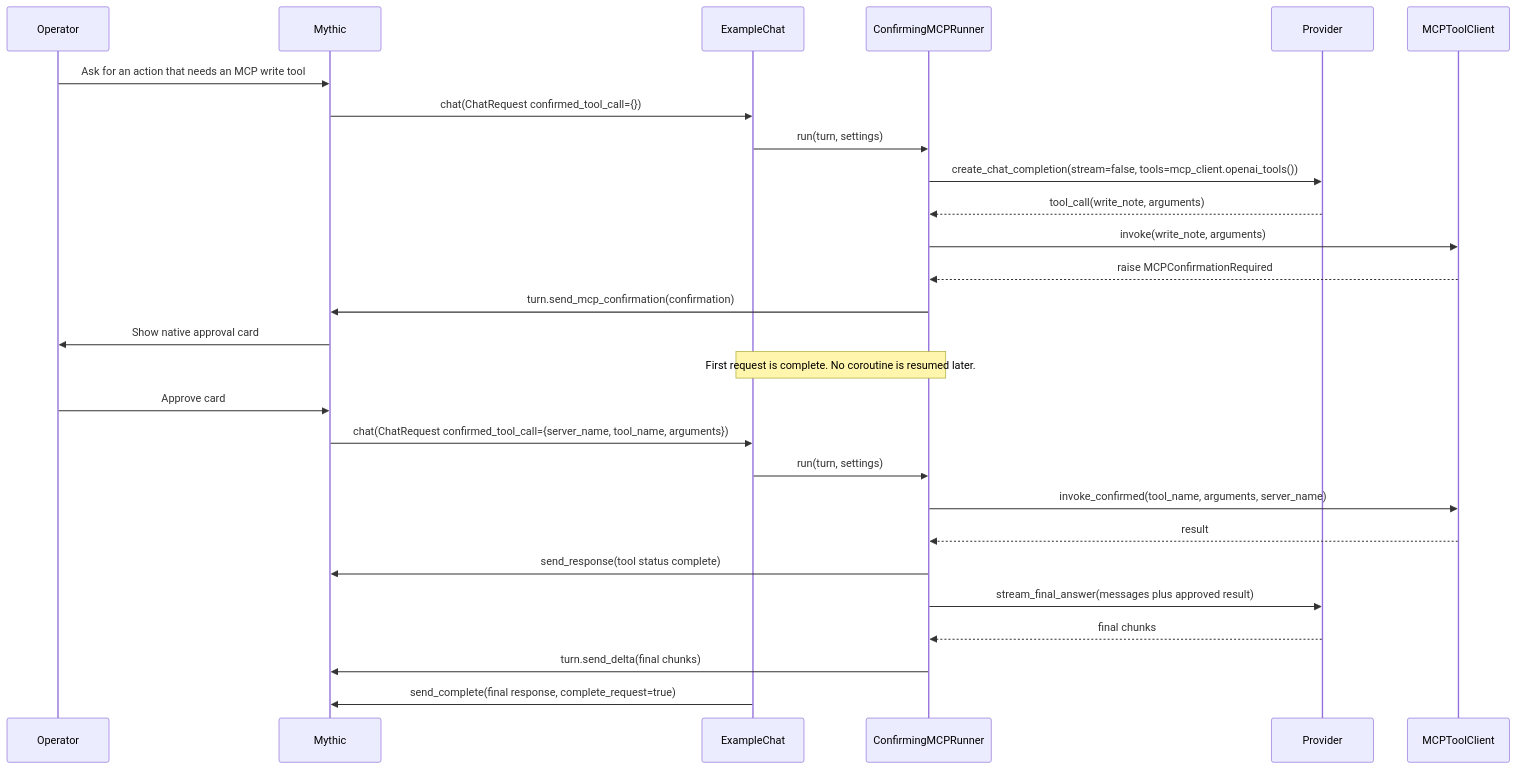
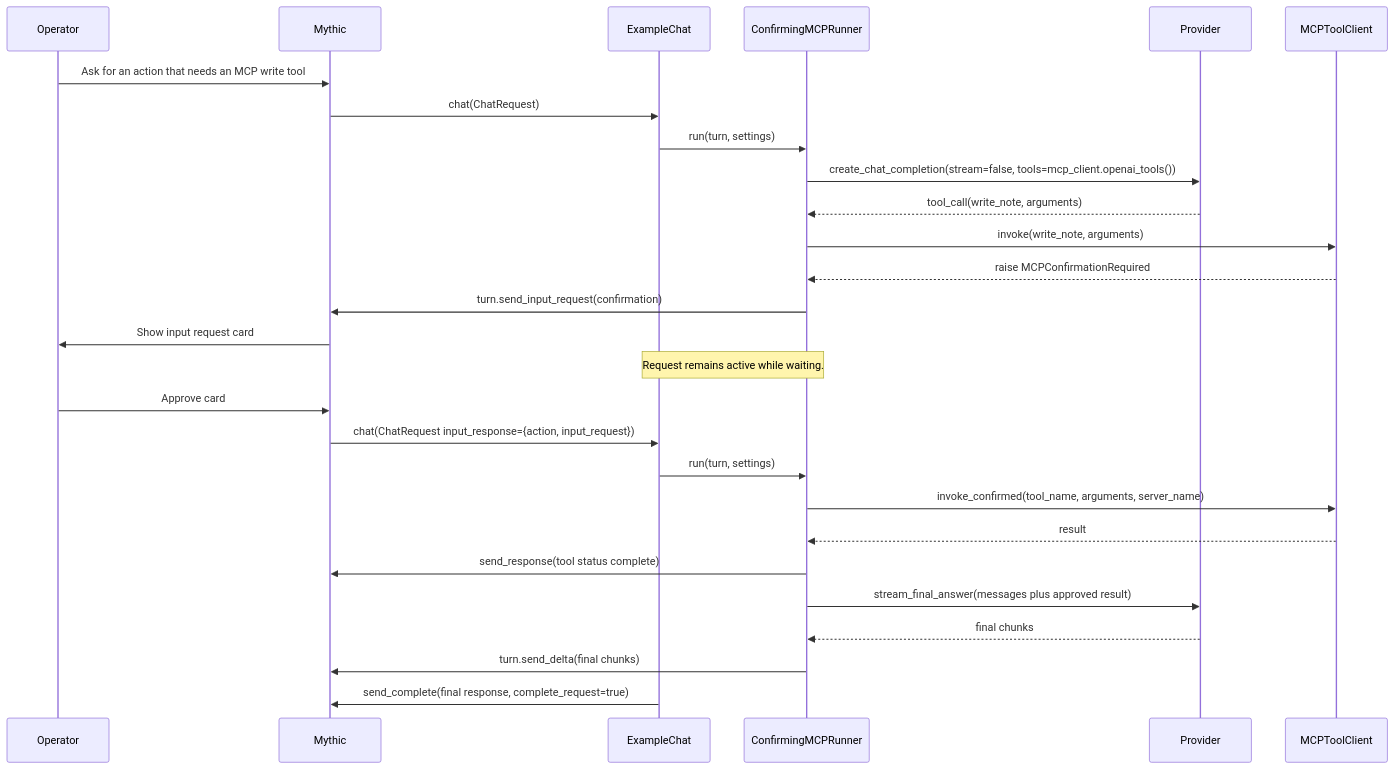
One commit to MythicMeta/MythicContainerPyPi changed the fourth of 4 diagrams in CHAT_CONATINERS_DEVELOPER.MD. Above: the diagram before and after it, drawn with Mermaid. The commit also changed other lines of this file and 5 other files, not shown here.

Commit message:
updating mcp tool request to generic input request

````diff
--- a/CHAT_CONATINERS_DEVELOPER.MD
+++ b/CHAT_CONATINERS_DEVELOPER.MD
@@ -723,30 +736,30 @@
 ```mermaid
 sequenceDiagram
     participant Operator
     participant Mythic
     participant Chat as ExampleChat
     participant Runner as ConfirmingMCPRunner
     participant Provider
     participant MCP as MCPToolClient
 
     Operator->>Mythic: Ask for an action that needs an MCP write tool
-    Mythic->>Chat: chat(ChatRequest confirmed_tool_call={})
+    Mythic->>Chat: chat(ChatRequest)
     Chat->>Runner: run(turn, settings)
     Runner->>Provider: create_chat_completion(stream=false, tools=mcp_client.openai_tools())
     Provider-->>Runner: tool_call(write_note, arguments)
     Runner->>MCP: invoke(write_note, arguments)
     MCP-->>Runner: raise MCPConfirmationRequired
-    Runner->>Mythic: turn.send_mcp_confirmation(confirmation)
-    Mythic->>Operator: Show native approval card
-    Note over Chat,Runner: First request is complete. No coroutine is resumed later.
+    Runner->>Mythic: turn.send_input_request(confirmation)
+    Mythic->>Operator: Show input request card
+    Note over Chat,Runner: Request remains active while waiting.
     Operator->>Mythic: Approve card
-    Mythic->>Chat: chat(ChatRequest confirmed_tool_call={server_name, tool_name, arguments})
+    Mythic->>Chat: chat(ChatRequest input_response={action, input_request})
     Chat->>Runner: run(turn, settings)
     Runner->>MCP: invoke_confirmed(tool_name, arguments, server_name)
     MCP-->>Runner: result
     Runner->>Mythic: send_response(tool status complete)
     Runner->>Provider: stream_final_answer(messages plus approved result)
     Provider-->>Runner: final chunks
     Runner->>Mythic: turn.send_delta(final chunks)
     Chat->>Mythic: send_complete(final response, complete_request=true)
 ```
````
